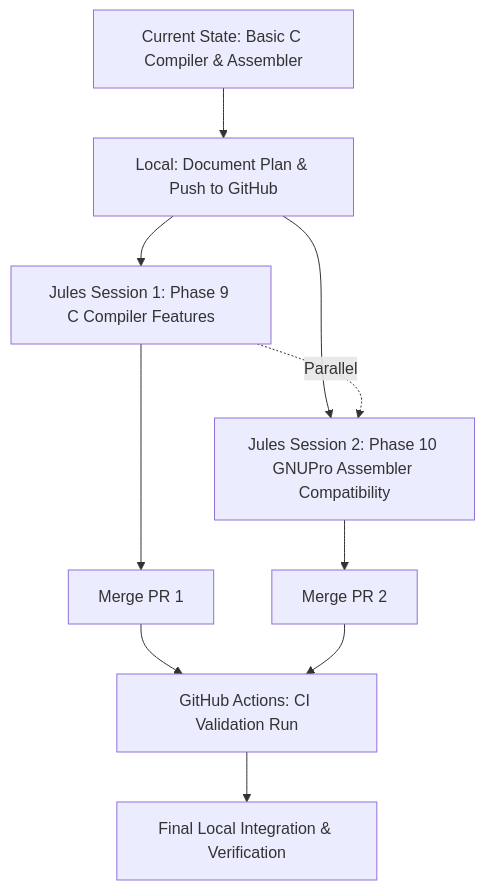
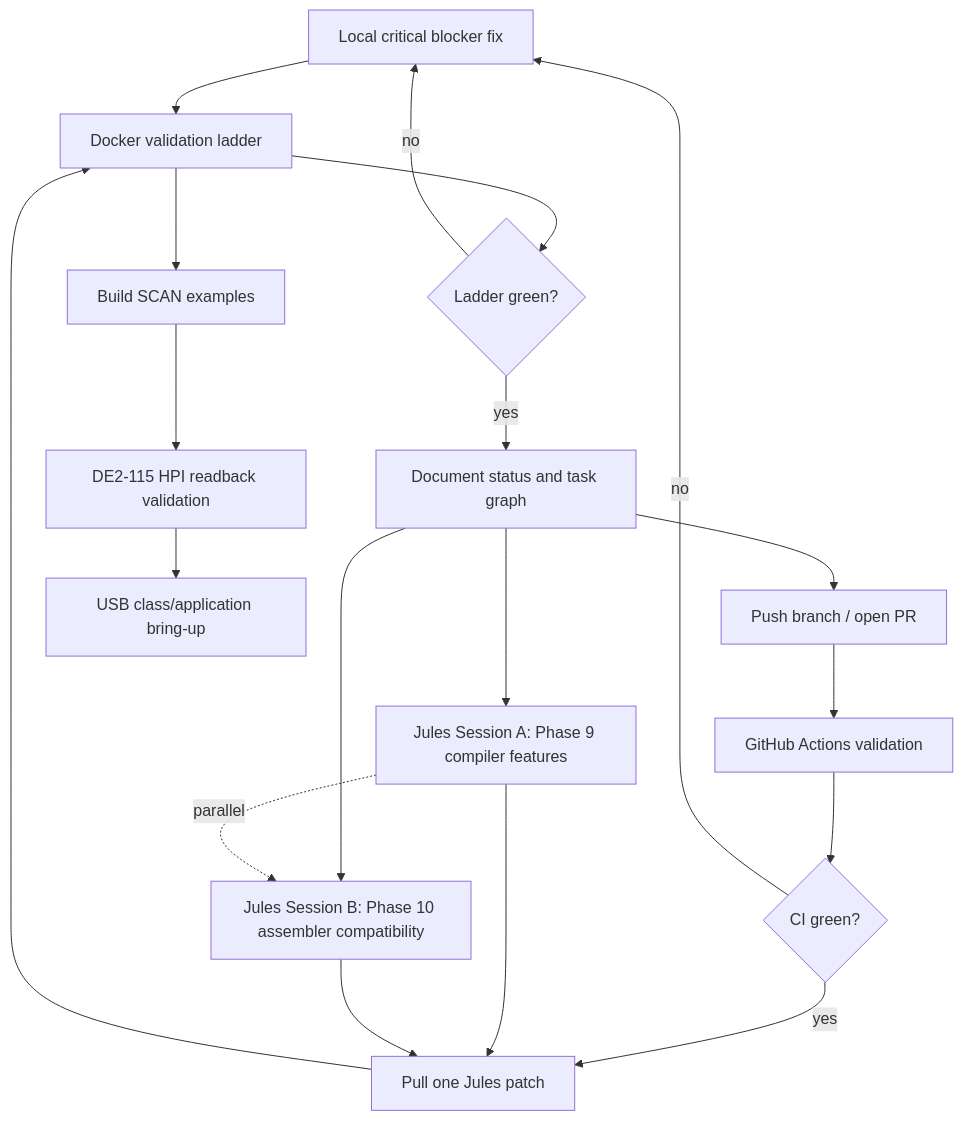
One commit to mark-e-deyoung/CY16-bootstrap changed the diagram in docs/ORCHESTRATION_PLAN.md. Above: the diagram before and after it, drawn with Mermaid. The commit also changed other lines of this file and 3 other files, not shown here.

First line of the commit message:
Fix CY16 pointer arithmetic validation ladder (#1)

````diff
--- a/docs/ORCHESTRATION_PLAN.md
+++ b/docs/ORCHESTRATION_PLAN.md
@@ -42,12 +100,21 @@
 ```mermaid
 graph TD
-    A[Current State: Basic C Compiler & Assembler] --> B[Local: Document Plan & Push to GitHub]
-    B --> C[Jules Session 1: Phase 9 C Compiler Features]
-    B --> D[Jules Session 2: Phase 10 GNUPro Assembler Compatibility]
-    C -.-> |Parallel| D
-    C --> E[Merge PR 1]
-    D --> F[Merge PR 2]
-    E --> G[GitHub Actions: CI Validation Run]
-    F --> G
-    G --> H[Final Local Integration & Verification]
+    A[Local critical blocker fix] --> B[Docker validation ladder]
+    B --> C{Ladder green?}
+    C -- no --> A
+    C -- yes --> D[Document status and task graph]
+    D --> E[Push branch / open PR]
+    E --> F[GitHub Actions validation]
+    D --> G[Jules Session A: Phase 9 compiler features]
+    D --> H[Jules Session B: Phase 10 assembler compatibility]
+    G -. parallel .-> H
+    F --> I{CI green?}
+    I -- no --> A
+    I -- yes --> J[Pull one Jules patch]
+    G --> J
+    H --> J
+    J --> B
+    B --> K[Build SCAN examples]
+    K --> L[DE2-115 HPI readback validation]
+    L --> M[USB class/application bring-up]
 ```
````
